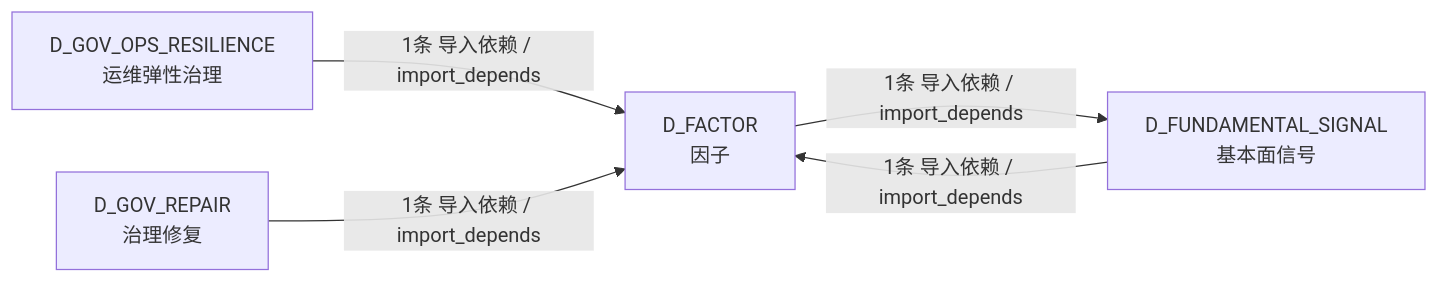
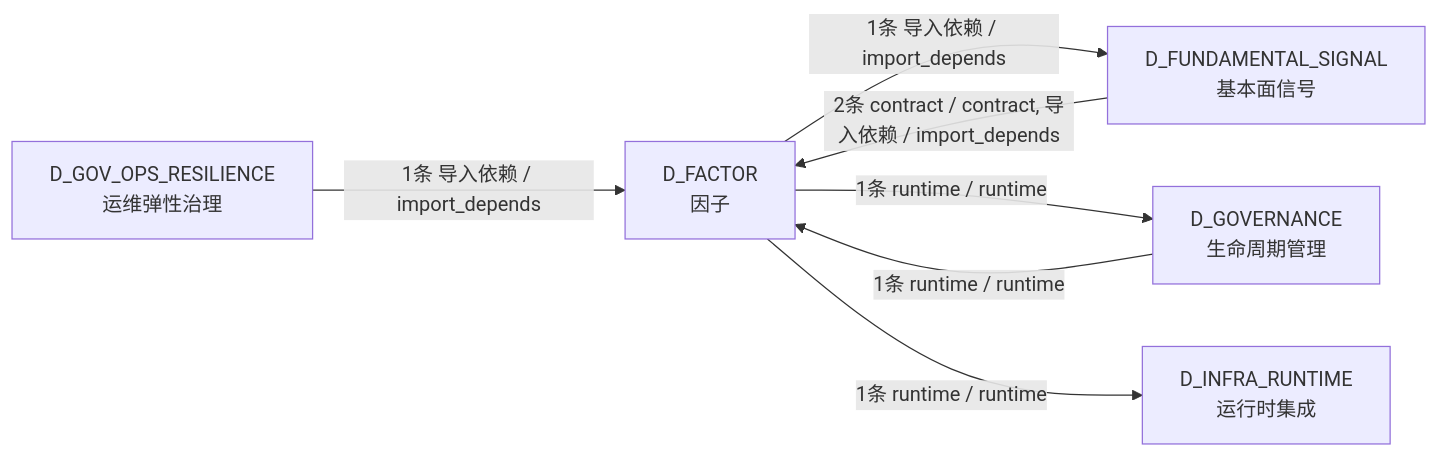
The fourth of 4 diagrams in docs/02_enterprise_architecture/02_domain_architecture_docs/36_d_factor.md (xuanFelixVan/ZephyrAlpha), drawn with Mermaid before and after one commit. The commit also changed other lines of this file and 126 other files, not shown here.

````diff
--- a/docs/02_enterprise_architecture/02_domain_architecture_docs/36_d_factor.md
+++ b/docs/02_enterprise_architecture/02_domain_architecture_docs/36_d_factor.md
@@ -190,11 +184,14 @@
 ```mermaid
 graph LR
     D_FACTOR["D_FACTOR<br/>因子"]
     D_FUNDAMENTAL_SIGNAL["D_FUNDAMENTAL_SIGNAL<br/>基本面信号"]
+    D_GOVERNANCE["D_GOVERNANCE<br/>生命周期管理"]
+    D_INFRA_RUNTIME["D_INFRA_RUNTIME<br/>运行时集成"]
     D_GOV_OPS_RESILIENCE["D_GOV_OPS_RESILIENCE<br/>运维弹性治理"]
-    D_GOV_REPAIR["D_GOV_REPAIR<br/>治理修复"]
     D_FACTOR -->|1条 导入依赖 / import_depends| D_FUNDAMENTAL_SIGNAL
-    D_FUNDAMENTAL_SIGNAL -->|1条 导入依赖 / import_depends| D_FACTOR
+    D_FACTOR -->|1条 runtime / runtime| D_GOVERNANCE
+    D_FACTOR -->|1条 runtime / runtime| D_INFRA_RUNTIME
+    D_FUNDAMENTAL_SIGNAL -->|2条 contract / contract, 导入依赖 / import_depends| D_FACTOR
+    D_GOVERNANCE -->|1条 runtime / runtime| D_FACTOR
     D_GOV_OPS_RESILIENCE -->|1条 导入依赖 / import_depends| D_FACTOR
-    D_GOV_REPAIR -->|1条 导入依赖 / import_depends| D_FACTOR
 ```
````
